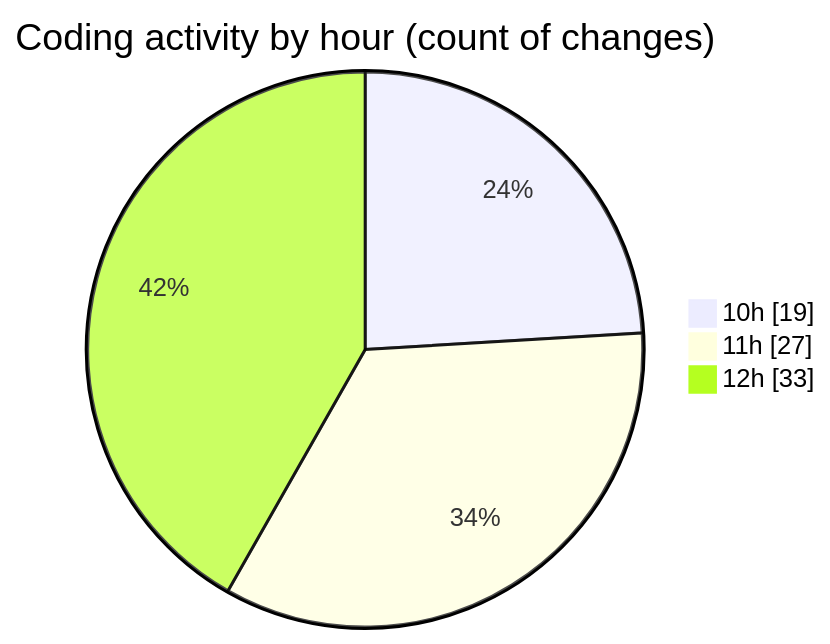
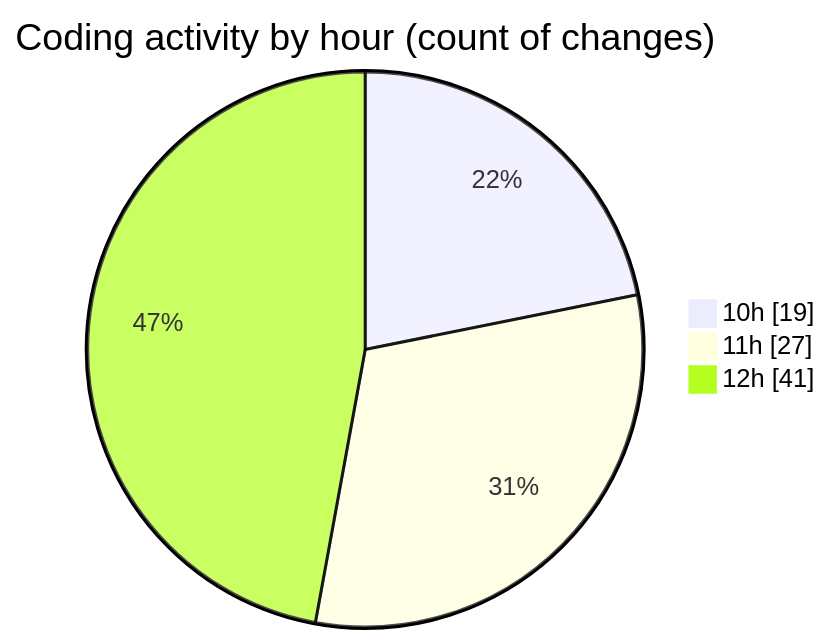
One commit to momahboobian/code-tracking changed the second of 2 diagrams in 2025-03-18/cda/README.md. Above: the diagram before and after it, drawn with Mermaid. The commit also changed other lines of this file and 1 other file, not shown here.

````diff
--- a/2025-03-18/cda/README.md
+++ b/2025-03-18/cda/README.md
@@ -42,7 +42,7 @@
 ```mermaid
 pie showData
 title Coding activity by hour (count of changes)
 "10h" : 19
 "11h" : 27
-"12h" : 33
+"12h" : 41
 ```
````
